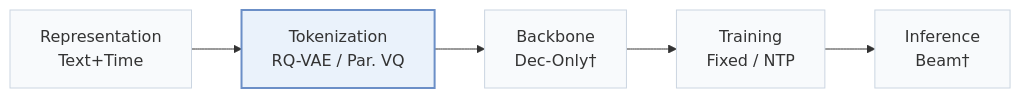
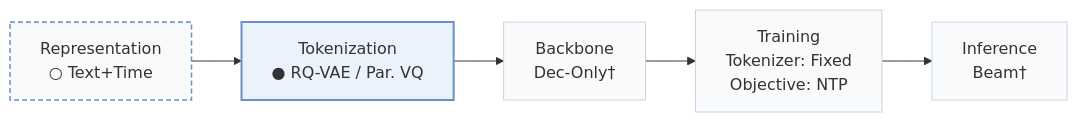
Before and after one commit to Galaxy-ghost/Awesome-SID-Generative-Rec: the first of 2 diagrams in pages/papers/chronoid.md, drawn with Mermaid. The commit also changed other lines of this file and 558 other files, not shown here.

````diff
--- a/pages/papers/chronoid.md
+++ b/pages/papers/chronoid.md
@@ -15,8 +18,10 @@
 ```mermaid
 flowchart LR
-    R["Representation<br/>Text+Time"] --> T["Tokenization<br/>RQ-VAE / Par. VQ"] --> B["Backbone<br/>Dec-Only†"] --> TR["Training<br/>Fixed / NTP"] --> I["Inference<br/>Beam†"]
+    R["Representation<br/>○ Text+Time"] --> T["Tokenization<br/>● RQ-VAE / Par. VQ"] --> B["Backbone<br/>Dec-Only†"] --> TR["Training<br/>Tokenizer: Fixed<br/>Objective: NTP"] --> I["Inference<br/>Beam†"]
     classDef base fill:#f8fafc,stroke:#cbd5e1
     class R,T,B,TR,I base
+    classDef other fill:#f8fafc,stroke:#6b8fc7,stroke-width:1.5px,stroke-dasharray:5 3
+    class R other
     classDef main fill:#eaf2fb,stroke:#6b8fc7,stroke-width:2px
     class T main
 ```
````
